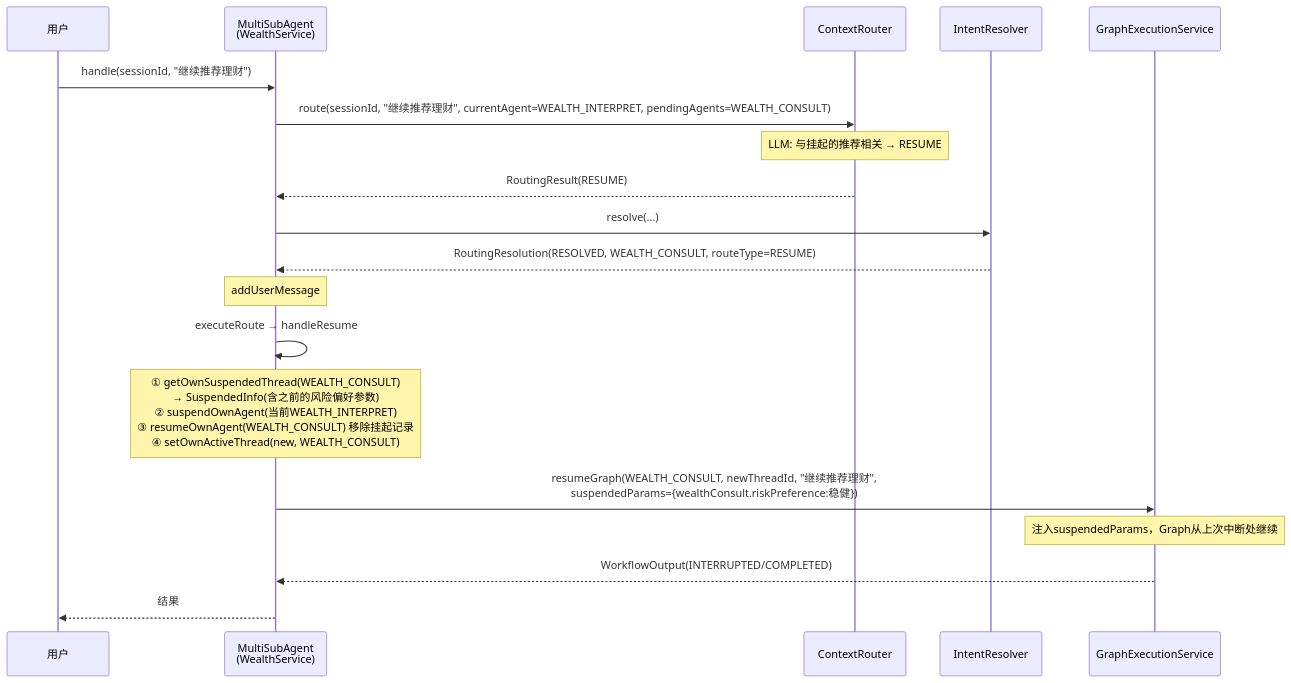
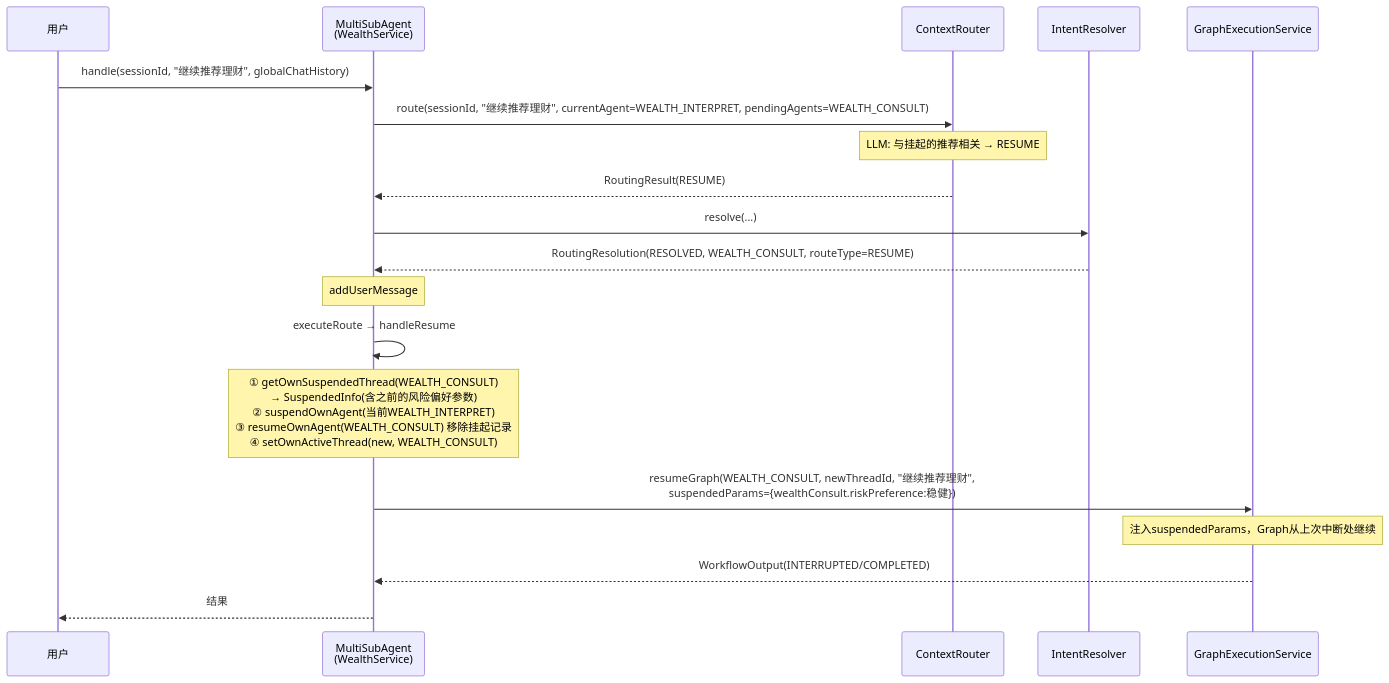
The tenth of 18 diagrams in ARCHITECTURE-FULL.md (michael-lin-45/mobile-ai-bank-demo---workbuddy), drawn with Mermaid before and after one commit. The commit also changed other lines of this file and 15 other files, not shown here.

````diff
--- a/ARCHITECTURE-FULL.md
+++ b/ARCHITECTURE-FULL.md
@@ -649,27 +656,27 @@
 ```mermaid
 sequenceDiagram
     participant U as 用户
     participant MSAD as MultiSubAgent<br/>(WealthService)
     participant CR as ContextRouter
     participant IRes as IntentResolver
     participant GES as GraphExecutionService
 
-    U->>MSAD: handle(sessionId, "继续推荐理财")
+    U->>MSAD: handle(sessionId, "继续推荐理财", globalChatHistory)
     
     MSAD->>CR: route(sessionId, "继续推荐理财", currentAgent=WEALTH_INTERPRET, pendingAgents=WEALTH_CONSULT)
     Note over CR: LLM: 与挂起的推荐相关 → RESUME
     CR-->>MSAD: RoutingResult(RESUME)
     
     MSAD->>IRes: resolve(...)
     IRes-->>MSAD: RoutingResolution(RESOLVED, WEALTH_CONSULT, routeType=RESUME)
     
     Note over MSAD: addUserMessage
     MSAD->>MSAD: executeRoute → handleResume
     
     Note over MSAD: ① getOwnSuspendedThread(WEALTH_CONSULT)<br/>→ SuspendedInfo(含之前的风险偏好参数)<br/>② suspendOwnAgent(当前WEALTH_INTERPRET)<br/>③ resumeOwnAgent(WEALTH_CONSULT) 移除挂起记录<br/>④ setOwnActiveThread(new, WEALTH_CONSULT)
     
     MSAD->>GES: resumeGraph(WEALTH_CONSULT, newThreadId, "继续推荐理财",<br/>suspendedParams={wealthConsult.riskPreference:稳健})
     Note over GES: 注入suspendedParams，Graph从上次中断处继续
     GES-->>MSAD: WorkflowOutput(INTERRUPTED/COMPLETED)
     MSAD-->>U: 结果
 ```
````
